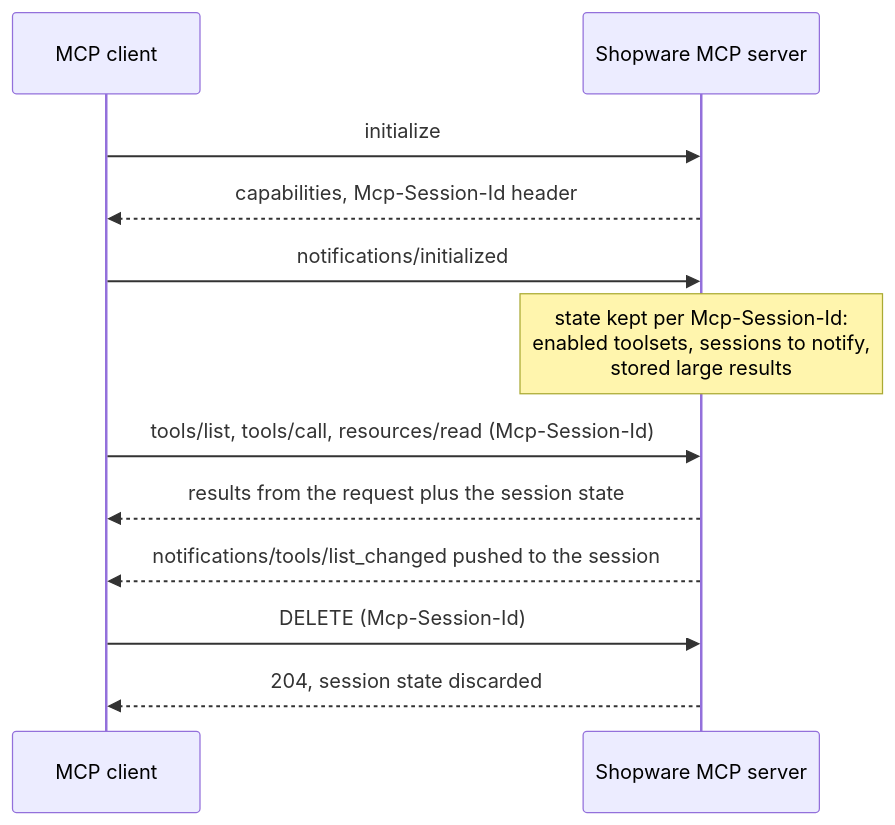
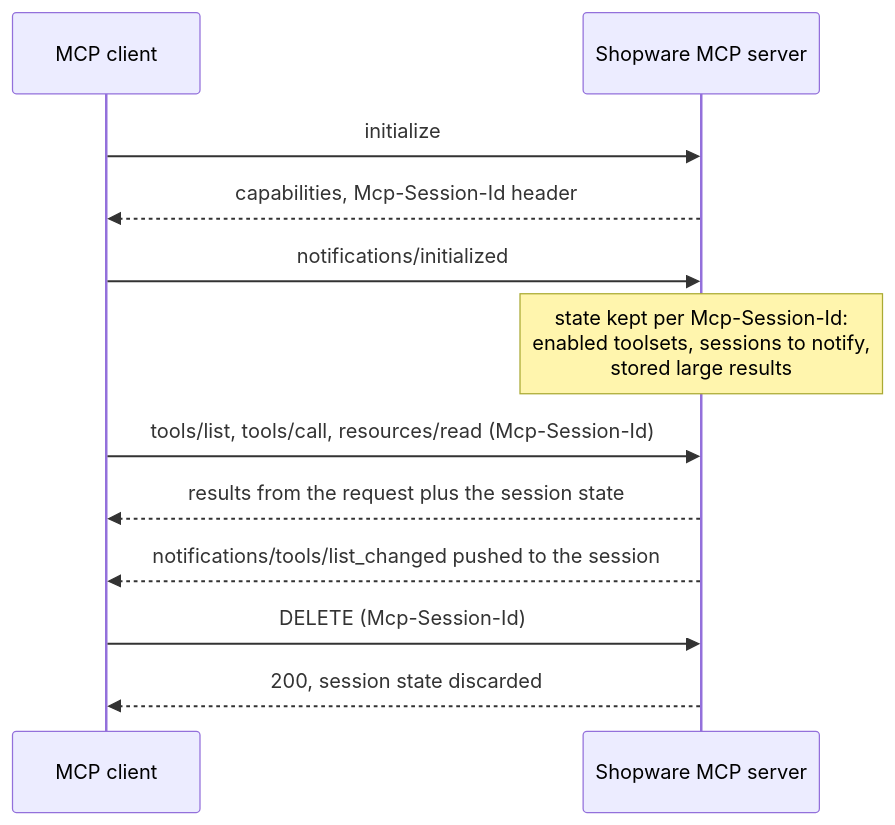
The first of 2 diagrams in adr/2026-09-24-mcp-stateless-era-degradation-policy.md (shopware/shopware), drawn with Mermaid before and after one commit. The commit also changed other lines of this file, not shown here.

````diff
--- a/adr/2026-09-24-mcp-stateless-era-degradation-policy.md
+++ b/adr/2026-09-24-mcp-stateless-era-degradation-policy.md
@@ -22,14 +22,14 @@
 ```mermaid
 sequenceDiagram
     participant C as MCP client
     participant S as Shopware MCP server
     C->>S: initialize
     S-->>C: capabilities, Mcp-Session-Id header
     C->>S: notifications/initialized
     Note over S: state kept per Mcp-Session-Id:<br/>enabled toolsets, sessions to notify,<br/>stored large results
     C->>S: tools/list, tools/call, resources/read (Mcp-Session-Id)
     S-->>C: results from the request plus the session state
     S-->>C: notifications/tools/list_changed pushed to the session
     C->>S: DELETE (Mcp-Session-Id)
-    S-->>C: 204, session state discarded
+    S-->>C: 200, session state discarded
 ```
````
